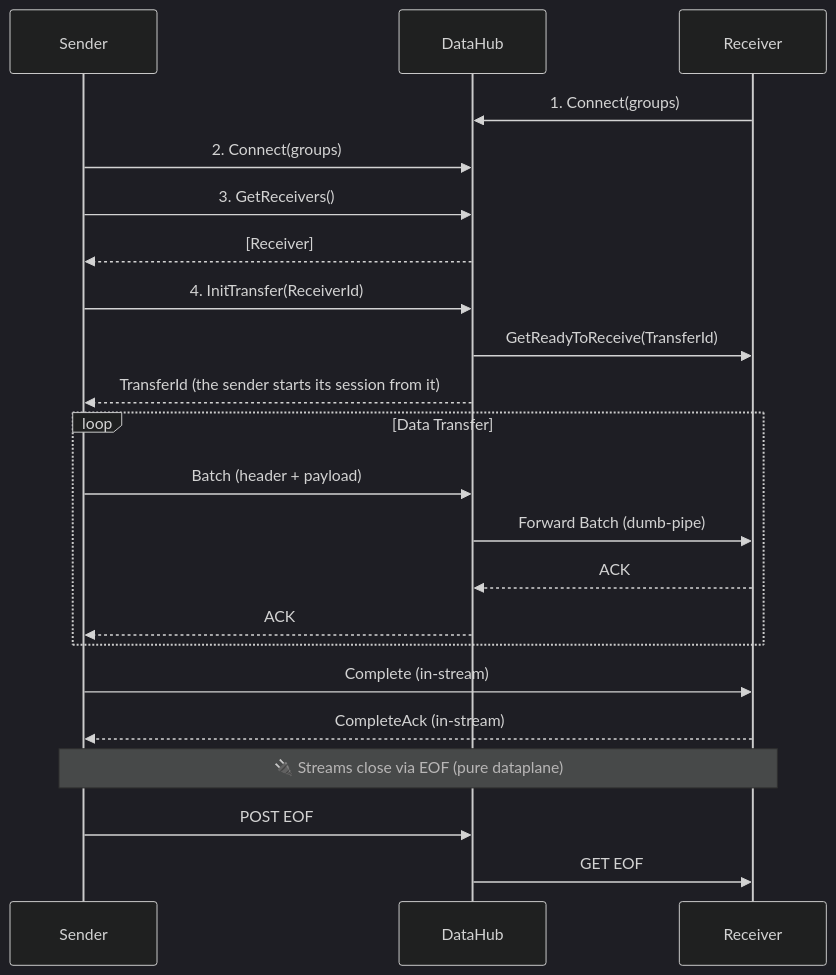
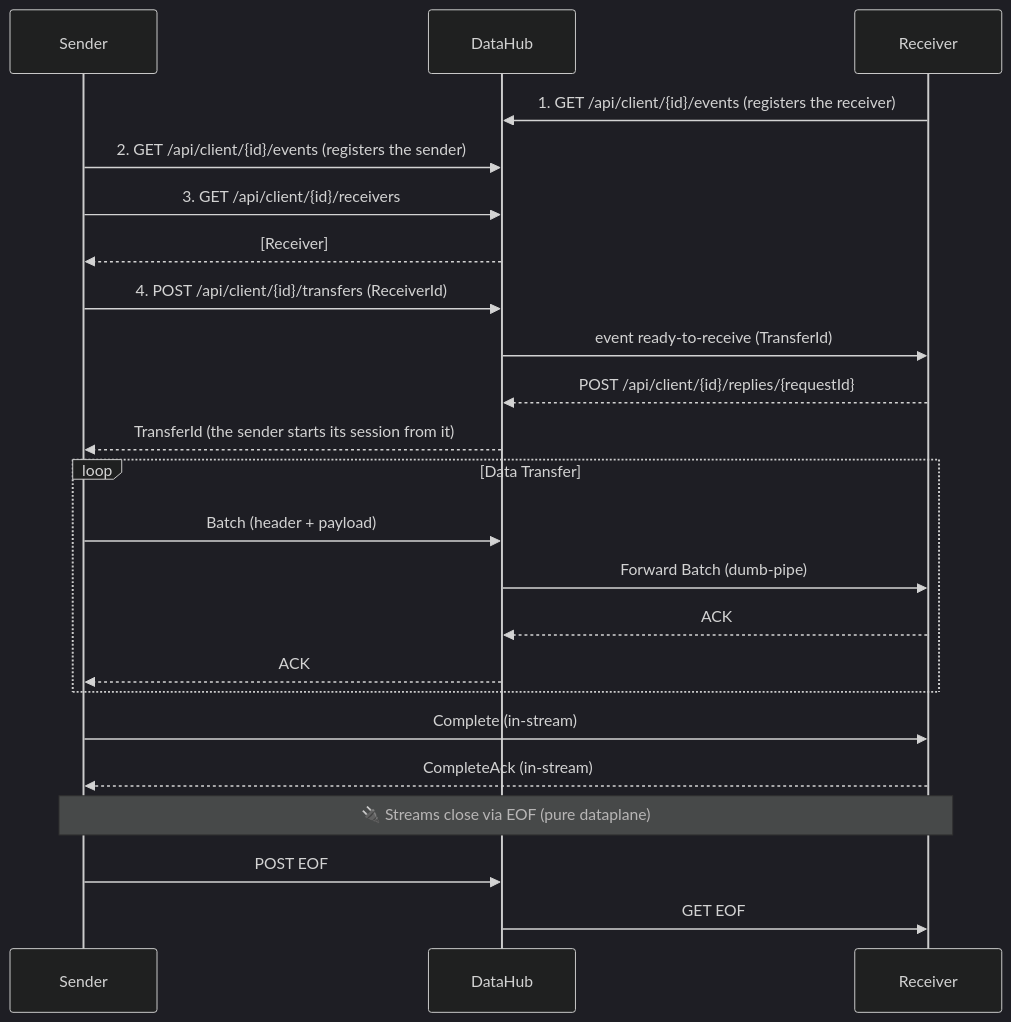
The diagram in TransportRArchitecture.md (nicopon/transportr), drawn with Mermaid (dark theme) before and after one commit. The commit also changed other lines of this file and 9 other files, not shown here.

````diff
--- a/TransportRArchitecture.md
+++ b/TransportRArchitecture.md
@@ -41,28 +41,29 @@
 ```mermaid
 sequenceDiagram
     participant S as Sender
     participant H as DataHub
     participant R as Receiver
 
-    R->>H: 1. Connect(groups)
-    S->>H: 2. Connect(groups)
-    S->>H: 3. GetReceivers()
+    R->>H: 1. GET /api/client/{id}/events (registers the receiver)
+    S->>H: 2. GET /api/client/{id}/events (registers the sender)
+    S->>H: 3. GET /api/client/{id}/receivers
     H-->>S: [Receiver]
-    S->>H: 4. InitTransfer(ReceiverId)
-    H->>R: GetReadyToReceive(TransferId)
+    S->>H: 4. POST /api/client/{id}/transfers (ReceiverId)
+    H->>R: event ready-to-receive (TransferId)
+    R-->>H: POST /api/client/{id}/replies/{requestId}
     H-->>S: TransferId (the sender starts its session from it)
     
     loop Data Transfer
         S->>H: Batch (header + payload)
         H->>R: Forward Batch (dumb-pipe)
         R-->>H: ACK
         H-->>S: ACK
     end
     
     S->>R: Complete (in-stream)
     R-->>S: CompleteAck (in-stream)
     
     Note over S,R: 🔌 Streams close via EOF (pure dataplane)
     S->>H: POST EOF
     H->>R: GET EOF
 ```
````
